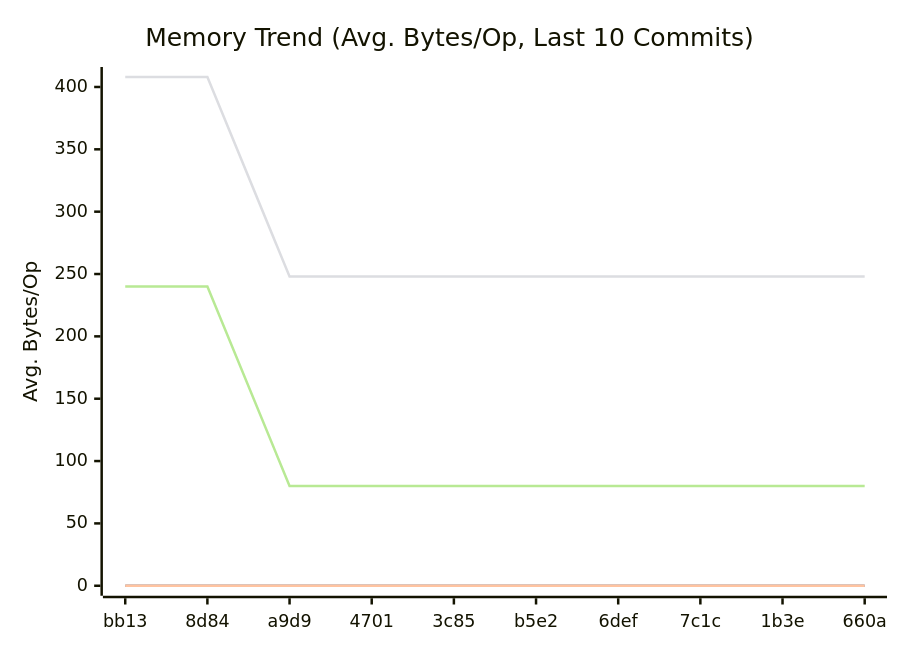
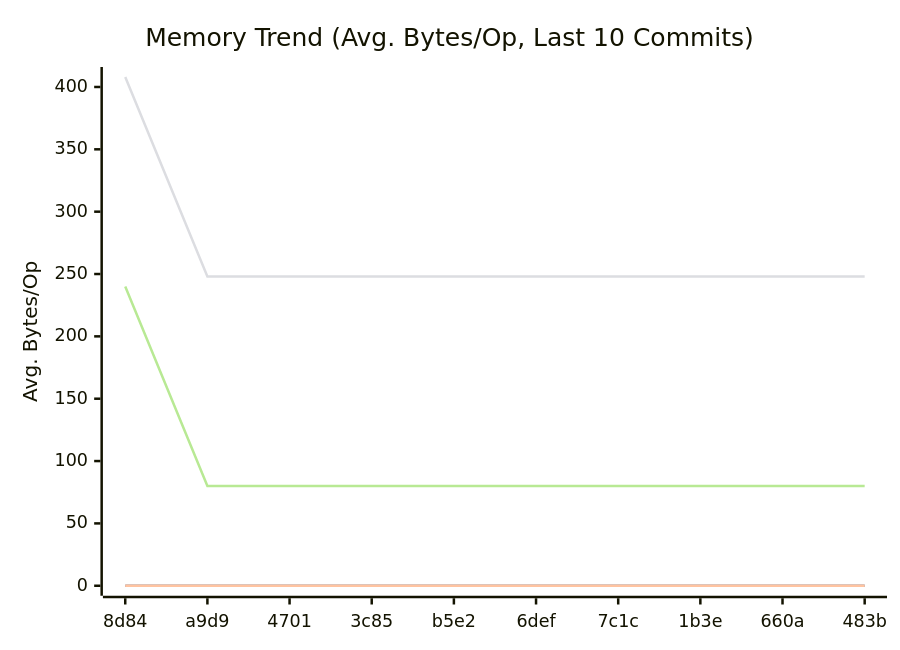
The second of 3 diagrams in doc/README.md (alsotoes/momo), drawn with Mermaid before and after one commit. The commit also changed other lines of this file and 1 other file, not shown here.

````diff
--- a/doc/README.md
+++ b/doc/README.md
@@ -303,12 +303,12 @@
 ```mermaid
 xychart-beta
     title "Memory Trend (Avg. Bytes/Op, Last 10 Commits)"
     x-axis "Commit"
     y-axis "Avg. Bytes/Op"
-    x-axis [bb13,8d84,a9d9,4701,3c85,b5e2,6def,7c1c,1b3e,660a]
+    x-axis [8d84,a9d9,4701,3c85,b5e2,6def,7c1c,1b3e,660a,483b]
     line "CheckMetricsAndSwap" [0,0,0,0,0,0,0,0,0,0]
     line "IndexDirectTracking" [0,0,0,0,0,0,0,0,0,0]
     line "IndexSearch" [0,0,0,0,0,0,0,0,0,0]
-    line "ParseReplicationOrder_NoPrealloc" [408,408,248,248,248,248,248,248,248,248]
-    line "ParseReplicationOrder_Prealloc" [240,240,80,80,80,80,80,80,80,80]
+    line "ParseReplicationOrder_NoPrealloc" [408,248,248,248,248,248,248,248,248,248]
+    line "ParseReplicationOrder_Prealloc" [240,80,80,80,80,80,80,80,80,80]
 ```
````
